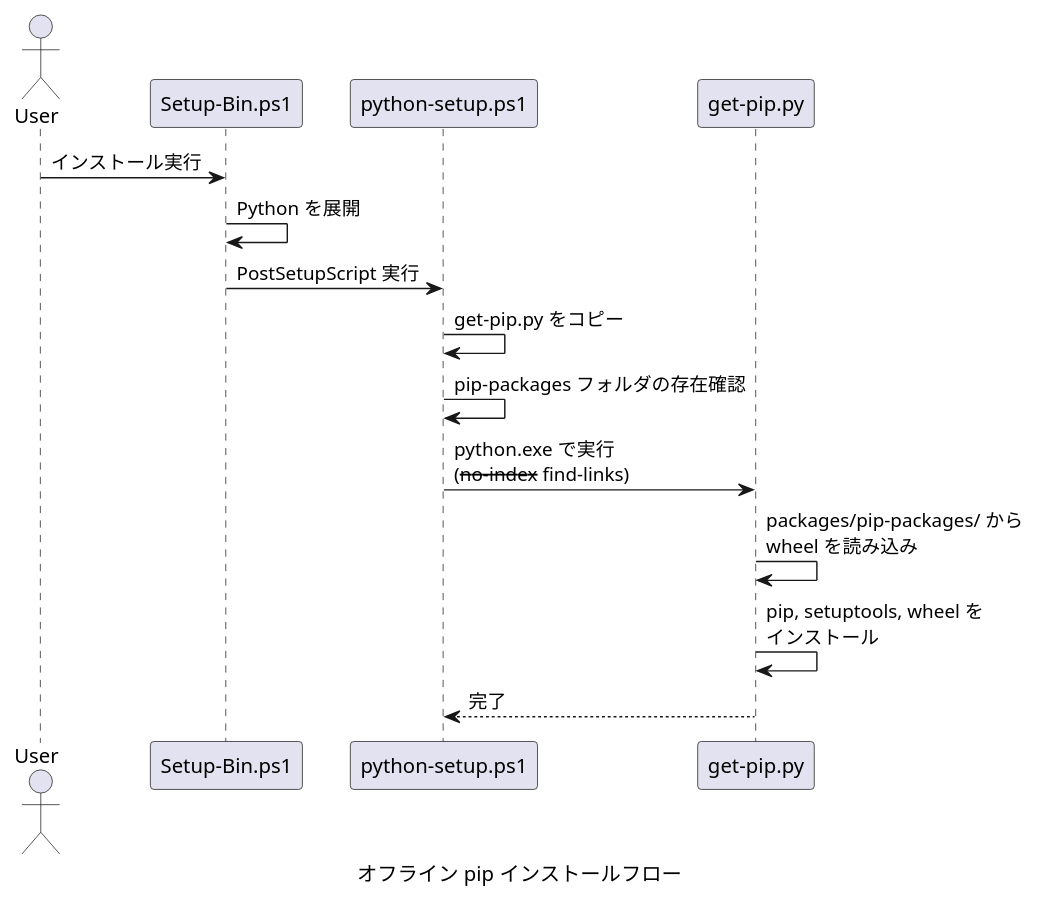
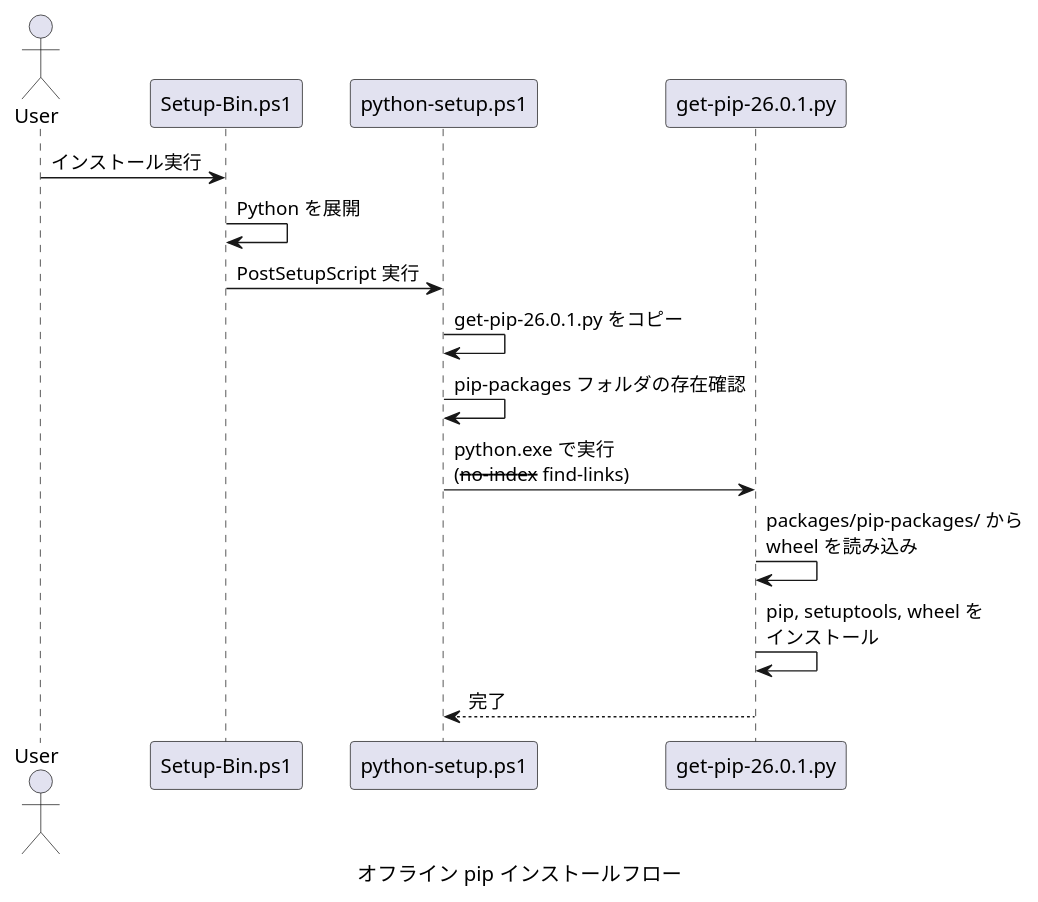
Before and after one commit to Hondarer/devbin-win: the fourth of 5 diagrams in docs-src/offline-pip-design.md, drawn with PlantUML. The commit also changed other lines of this file and 3 other files, not shown here.

First line of the commit message:
get-pip.py にバージョンを付与し、ドキュメントを更新

````diff
--- a/docs-src/offline-pip-design.md
+++ b/docs-src/offline-pip-design.md
@@ -264,21 +264,21 @@
 ```plantuml
 @startuml オフライン pip インストールフロー
 caption オフライン pip インストールフロー
 actor User
 participant "Setup-Bin.ps1" as Setup
 participant "python-setup.ps1" as PySetup
-participant "get-pip.py" as GetPip
+participant "get-pip-26.0.1.py" as GetPip
 
 User -> Setup: インストール実行
 
 Setup -> Setup: Python を展開
 Setup -> PySetup: PostSetupScript 実行
 
-PySetup -> PySetup: get-pip.py をコピー
+PySetup -> PySetup: get-pip-26.0.1.py をコピー
 PySetup -> PySetup: pip-packages フォルダの存在確認
 PySetup -> GetPip: python.exe で実行\n(--no-index --find-links)
 GetPip -> GetPip: packages/pip-packages/ から\nwheel を読み込み
 GetPip -> GetPip: pip, setuptools, wheel を\nインストール
 GetPip --> PySetup: 完了
 @enduml
 ```
````
